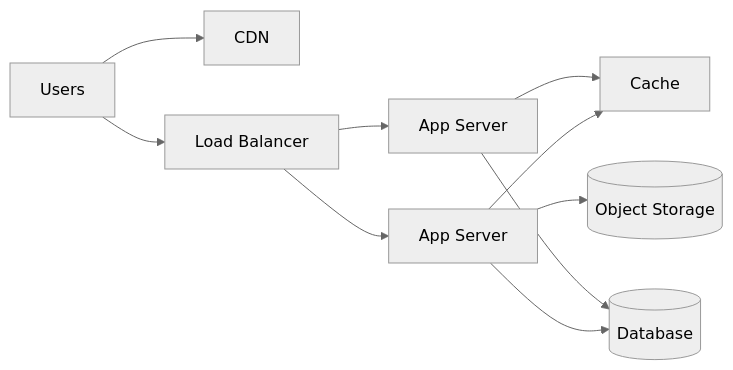
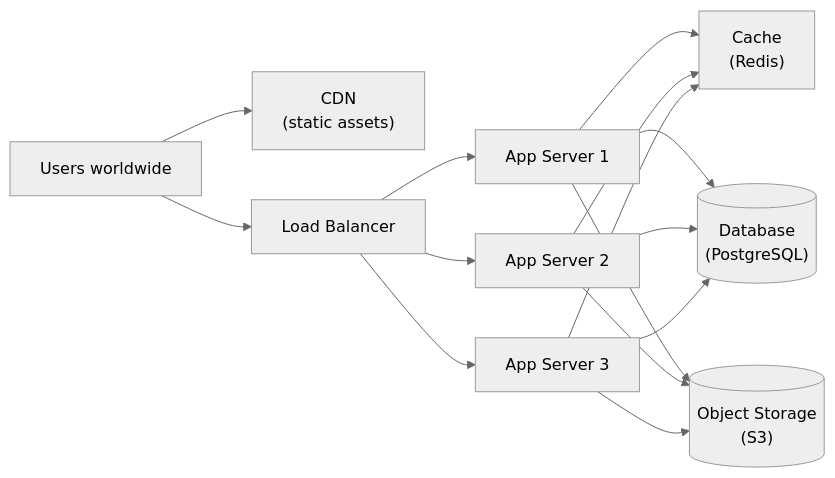
Before and after one commit to saroj990/system-design: the third of 6 diagrams in fundamentals/01-what-is-system-design.md, drawn with Mermaid (neutral theme). The commit also changed other lines of this file and 14 other files, not shown here.

````diff
--- a/fundamentals/01-what-is-system-design.md
+++ b/fundamentals/01-what-is-system-design.md
@@ -58,12 +173,17 @@
 ```mermaid
 flowchart LR
-  Users --> CDN
-  Users --> LB[Load Balancer]
-  LB --> App1[App Server]
-  LB --> App2[App Server]
-  App1 --> Cache
+  Users["Users worldwide"] --> CDN["CDN\n(static assets)"]
+  Users --> LB["Load Balancer"]
+  LB --> App1["App Server 1"]
+  LB --> App2["App Server 2"]
+  LB --> App3["App Server 3"]
+  App1 --> Cache["Cache\n(Redis)"]
   App2 --> Cache
-  App1 --> DB[(Database)]
+  App3 --> Cache
+  App1 --> DB[("Database\n(PostgreSQL)")]
   App2 --> DB
-  App1 --> ObjectStore[(Object Storage)]
+  App3 --> DB
+  App1 --> ObjectStore[("Object Storage\n(S3)")]
+  App2 --> ObjectStore
+  App3 --> ObjectStore
 ```
````
